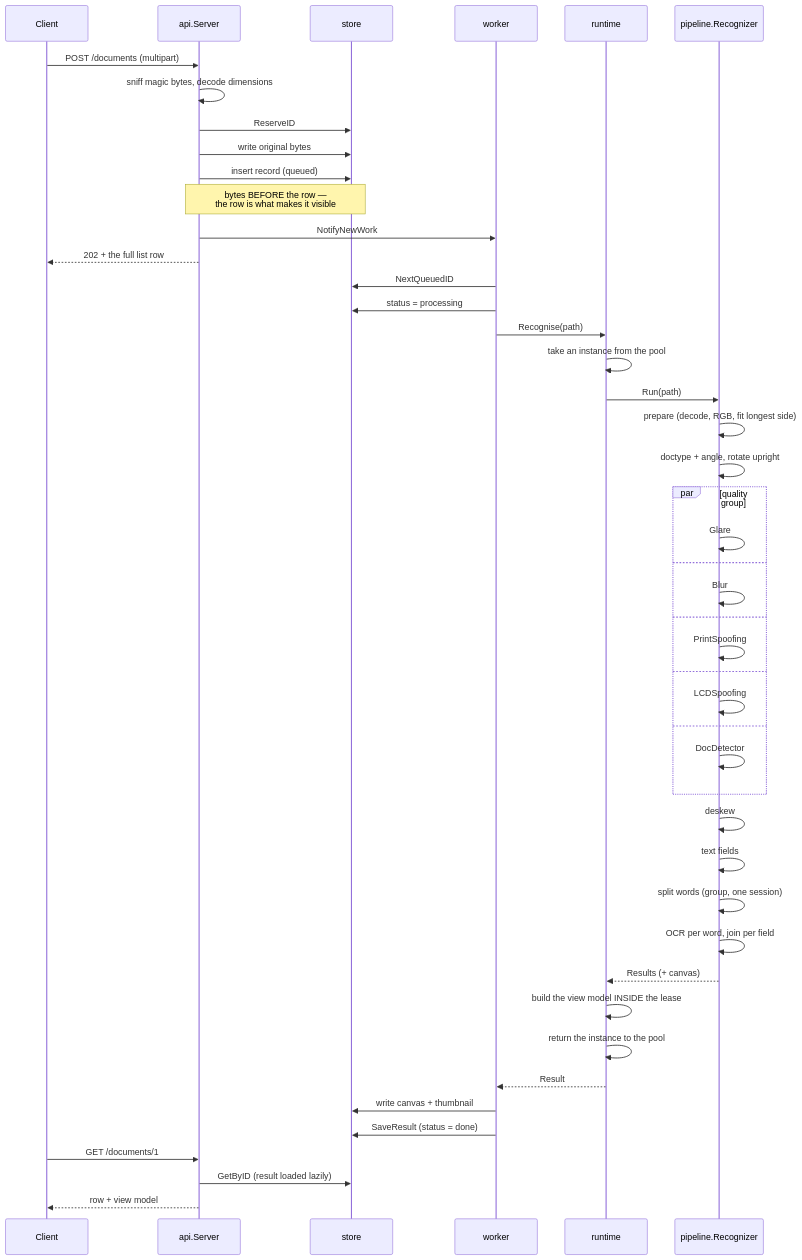
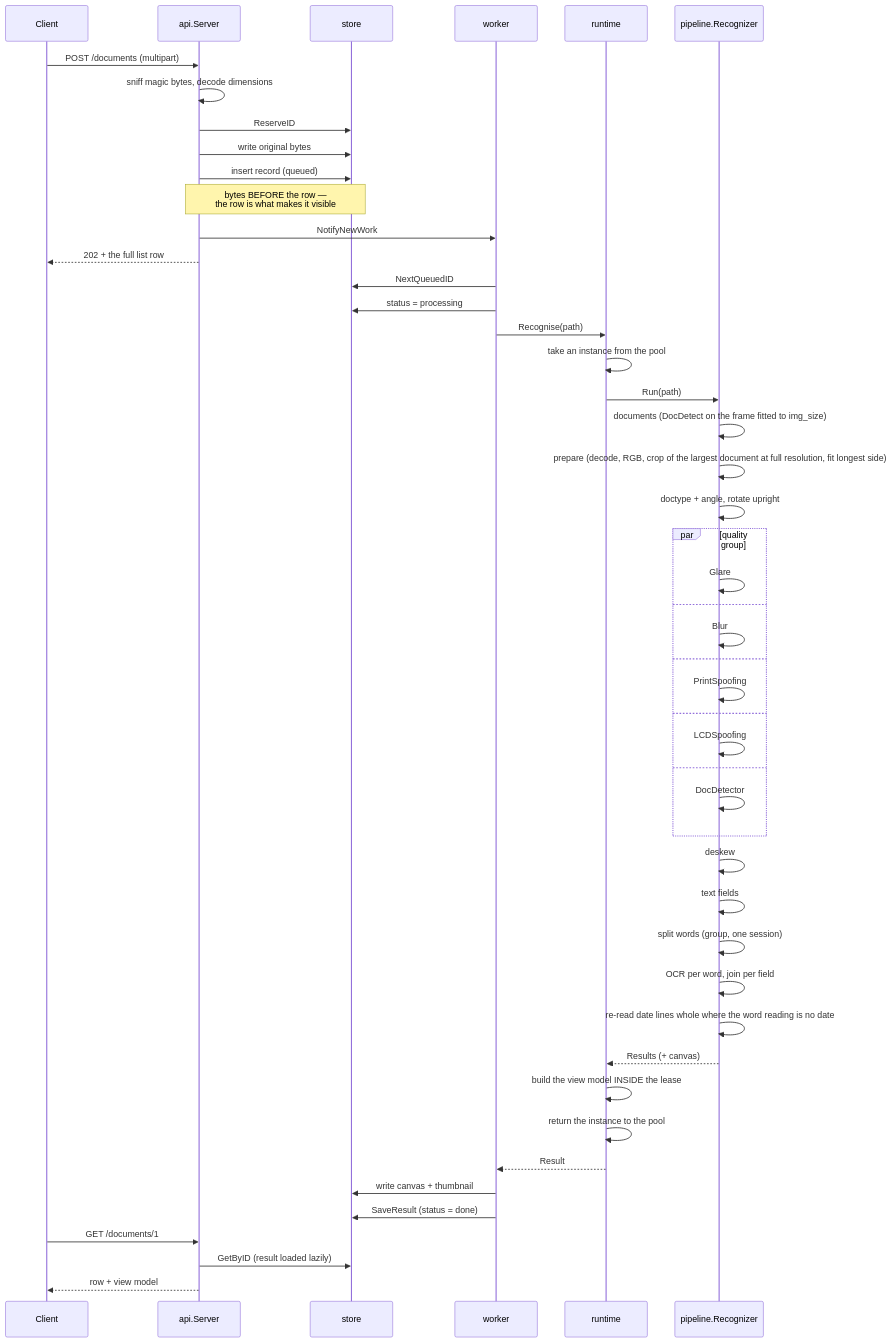
The second of 2 diagrams in ports/go/ARCHITECTURE.md (protei300/RussianDocsOCR), drawn with Mermaid before and after one commit. The commit also changed other lines of this file and 435 other files, not shown here.

````diff
--- a/ports/go/ARCHITECTURE.md
+++ b/ports/go/ARCHITECTURE.md
@@ -132,53 +132,55 @@
 ```mermaid
 sequenceDiagram
     participant C as Client
     participant A as api.Server
     participant S as store
     participant W as worker
     participant R as runtime
     participant P as pipeline.Recognizer
 
     C->>A: POST /documents (multipart)
     A->>A: sniff magic bytes, decode dimensions
     A->>S: ReserveID
     A->>S: write original bytes
     A->>S: insert record (queued)
     Note over A,S: bytes BEFORE the row —<br/>the row is what makes it visible
     A->>W: NotifyNewWork
     A-->>C: 202 + the full list row
 
     W->>S: NextQueuedID
     W->>S: status = processing
     W->>R: Recognise(path)
     R->>R: take an instance from the pool
     R->>P: Run(path)
 
-    P->>P: prepare (decode, RGB, fit longest side)
+    P->>P: documents (DocDetect on the frame fitted to img_size)
+    P->>P: prepare (decode, RGB, crop of the largest document at full resolution, fit longest side)
     P->>P: doctype + angle, rotate upright
     par quality group
         P->>P: Glare
         and
         P->>P: Blur
         and
         P->>P: PrintSpoofing
         and
         P->>P: LCDSpoofing
         and
         P->>P: DocDetector
     end
     P->>P: deskew
     P->>P: text fields
     P->>P: split words (group, one session)
     P->>P: OCR per word, join per field
+    P->>P: re-read date lines whole where the word reading is no date
     P-->>R: Results (+ canvas)
 
     R->>R: build the view model INSIDE the lease
     R->>R: return the instance to the pool
     R-->>W: Result
     W->>S: write canvas + thumbnail
     W->>S: SaveResult (status = done)
 
     C->>A: GET /documents/1
     A->>S: GetByID (result loaded lazily)
     A-->>C: row + view model
 ```
````
